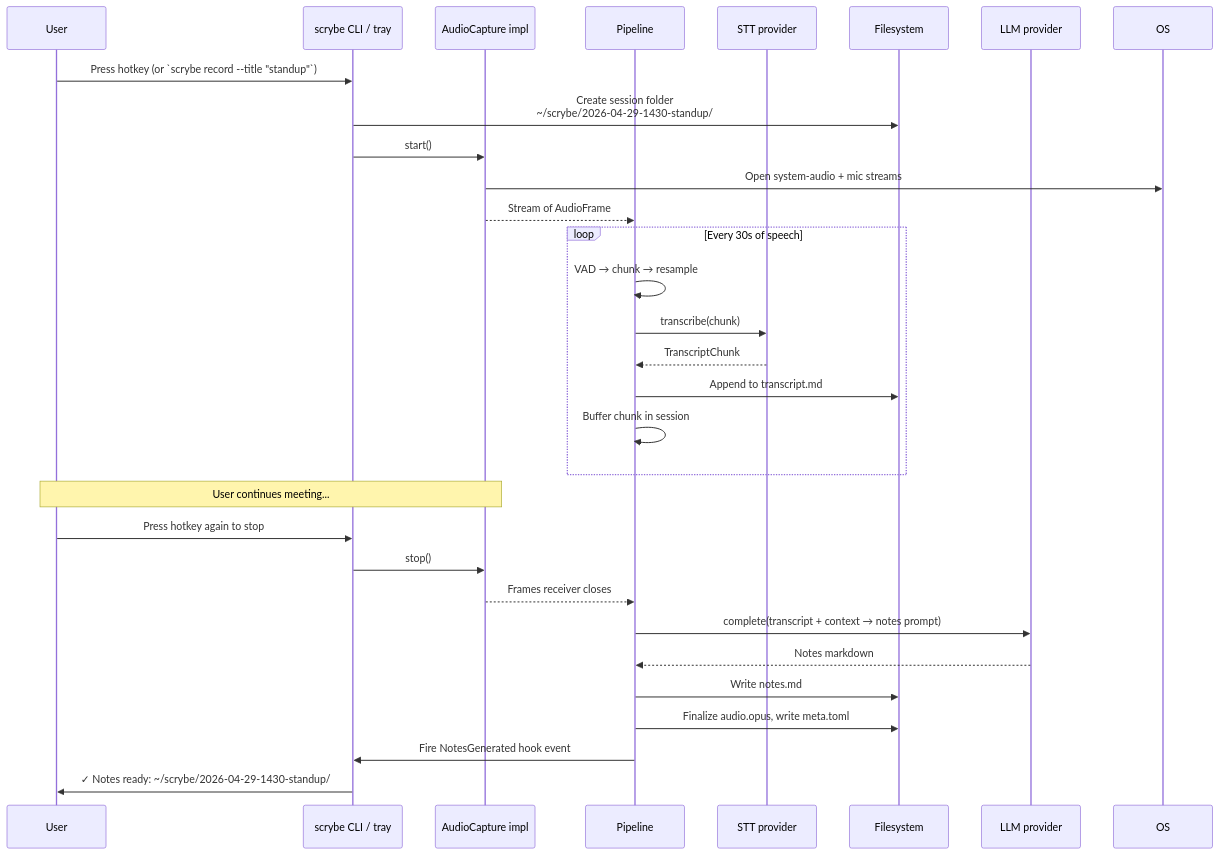
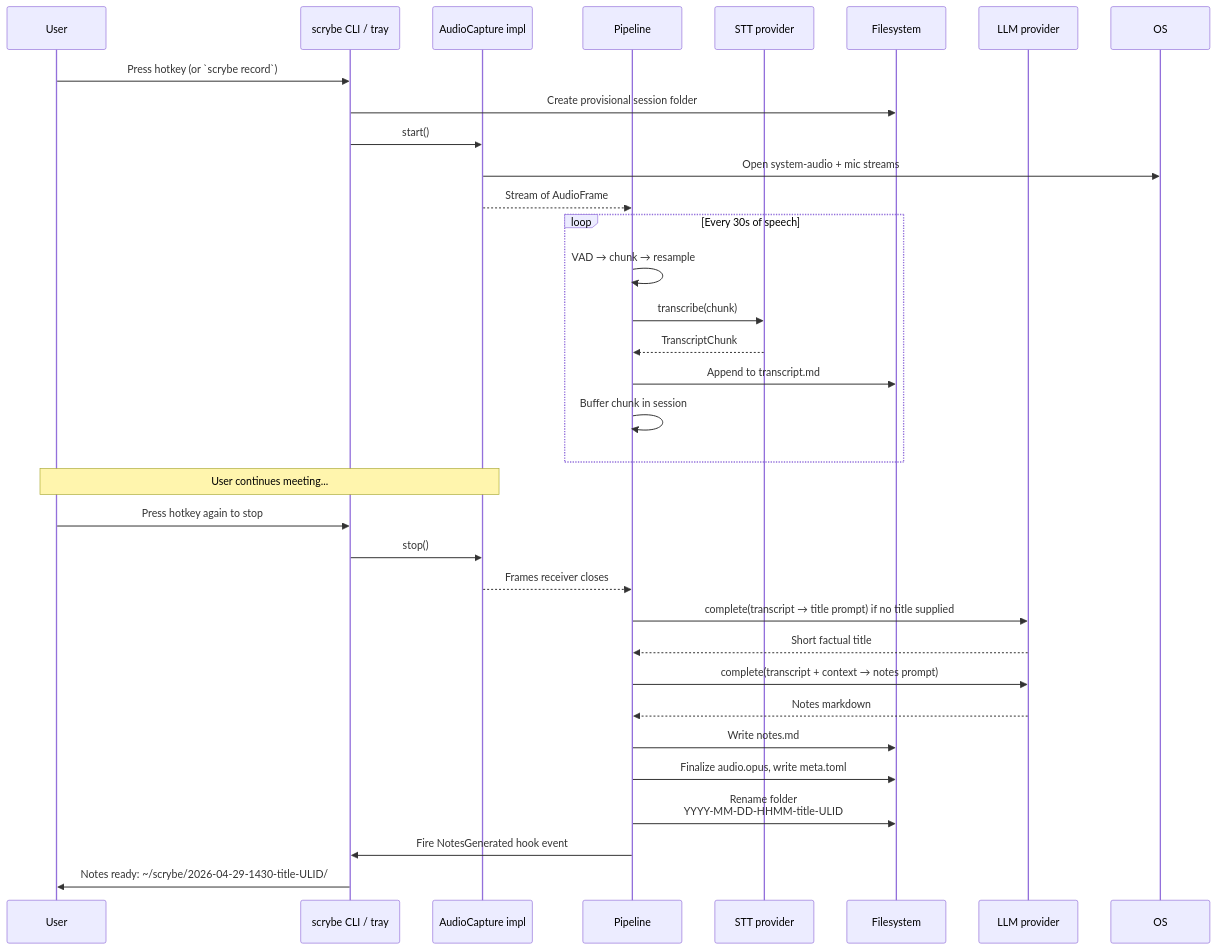
The fourth of 6 diagrams in docs/system-design.md (Mathews-Tom/scrybe), drawn with Mermaid before and after one commit. The commit also changed other lines of this file and 1 other file, not shown here.

Commit message:
docs: document config-first recording flow

````diff
--- a/docs/system-design.md
+++ b/docs/system-design.md
@@ -696,33 +701,36 @@
 ```mermaid
 sequenceDiagram
     participant U as User
     participant CLI as scrybe CLI / tray
     participant Cap as AudioCapture impl
     participant Pipe as Pipeline
     participant STT as STT provider
     participant FS as Filesystem
     participant LLM as LLM provider
 
-    U->>CLI: Press hotkey (or `scrybe record --title "standup"`)
-    CLI->>FS: Create session folder<br/>~/scrybe/2026-04-29-1430-standup/
+    U->>CLI: Press hotkey (or `scrybe record`)
+    CLI->>FS: Create provisional session folder
     CLI->>Cap: start()
     Cap->>OS: Open system-audio + mic streams
     Cap-->>Pipe: Stream of AudioFrame
     loop Every 30s of speech
         Pipe->>Pipe: VAD → chunk → resample
         Pipe->>STT: transcribe(chunk)
         STT-->>Pipe: TranscriptChunk
         Pipe->>FS: Append to transcript.md
         Pipe->>Pipe: Buffer chunk in session
     end
     Note over U,Cap: User continues meeting...
     U->>CLI: Press hotkey again to stop
     CLI->>Cap: stop()
     Cap-->>Pipe: Frames receiver closes
+    Pipe->>LLM: complete(transcript → title prompt) if no title supplied
+    LLM-->>Pipe: Short factual title
     Pipe->>LLM: complete(transcript + context → notes prompt)
     LLM-->>Pipe: Notes markdown
     Pipe->>FS: Write notes.md
     Pipe->>FS: Finalize audio.opus, write meta.toml
+    Pipe->>FS: Rename folder<br/>YYYY-MM-DD-HHMM-title-ULID
     Pipe->>CLI: Fire NotesGenerated hook event
-    CLI->>U: ✓ Notes ready: ~/scrybe/2026-04-29-1430-standup/
+    CLI->>U: Notes ready: ~/scrybe/2026-04-29-1430-title-ULID/
 ```
````
